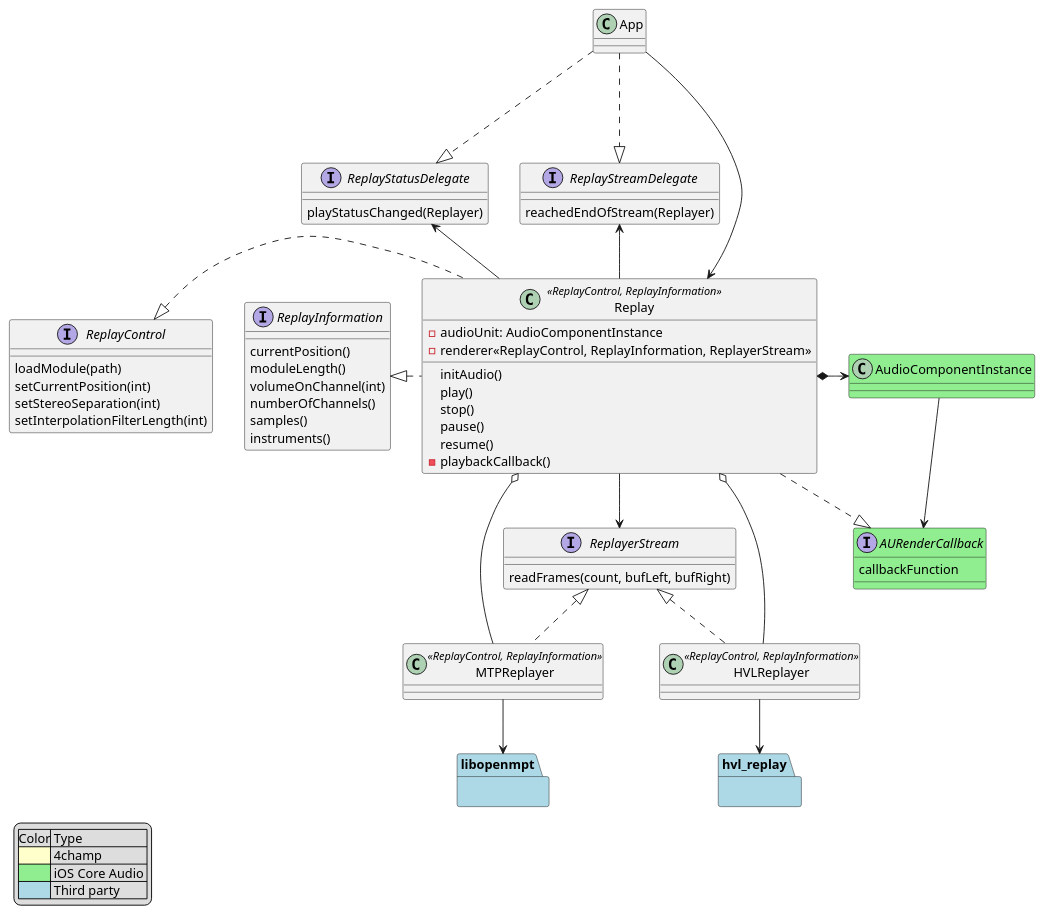
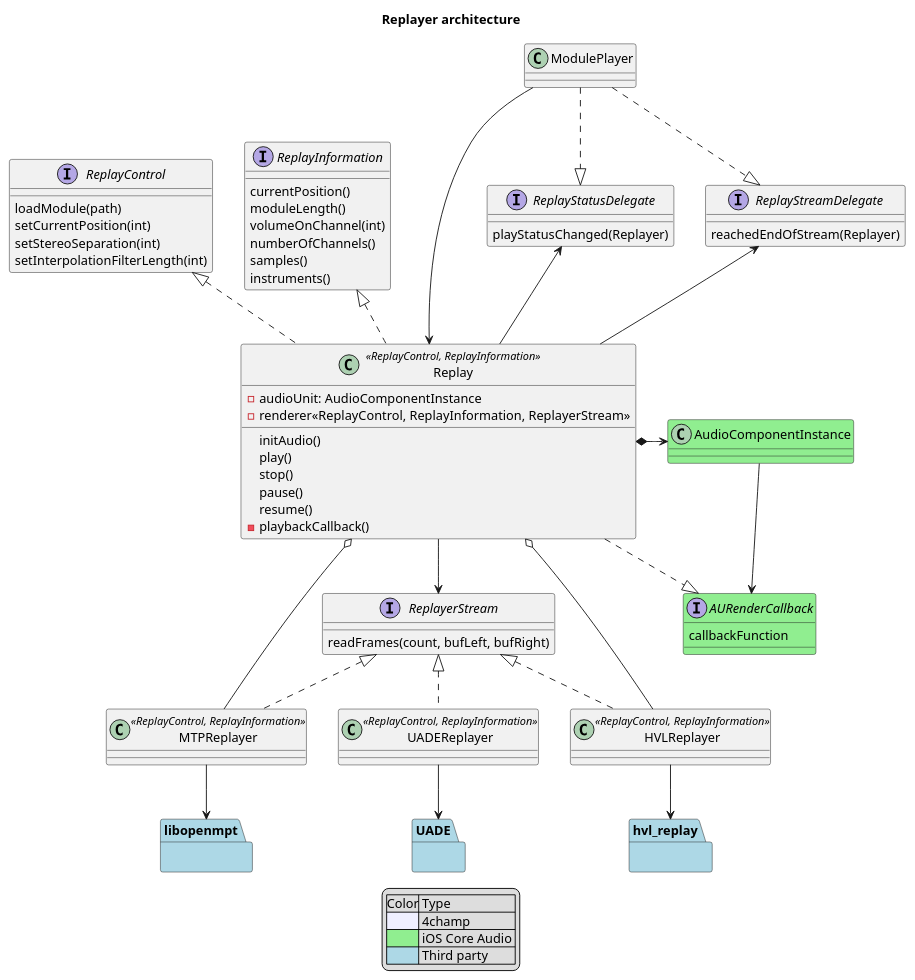
One commit to sitomani/4champ changed the diagram in docs/plantuml/replayer.plantuml. Above: the diagram before and after it, drawn with PlantUML. The commit also changed 6 other files, not shown here.

Commit message:
Added new plantuml diagrams

```diff
--- a/docs/plantuml/replayer.plantuml
+++ b/docs/plantuml/replayer.plantuml
@@ -1,89 +1,99 @@
 @startuml Replayer
 allowmixing 
 
+title Replayer architecture
 
-legend left
+legend 
     |Color| Type |
-    |<#business>| 4champ |
+    |<#MOTIVATION>| 4champ |
     |<#lightgreen>| iOS Core Audio |
     |<#lightblue>| Third party |
 endlegend
 
 
 class Replay <<ReplayControl, ReplayInformation>> {
     -audioUnit: AudioComponentInstance
     -renderer<<ReplayControl, ReplayInformation, ReplayerStream>>
     initAudio() 
     play()
     stop()
     pause()
     resume()
-    - playbackCallback()
+    -playbackCallback()
 }
 
 interface ReplayInformation {
     currentPosition()
     moduleLength()
     volumeOnChannel(int)
     numberOfChannels()
     samples()
     instruments()
 }
 
 interface ReplayControl {
     loadModule(path)
     setCurrentPosition(int)
     setStereoSeparation(int)
     setInterpolationFilterLength(int)
 }
 
 interface ReplayerStream {
     readFrames(count, bufLeft, bufRight)
 }
 
 class MTPReplayer <<ReplayControl, ReplayInformation>> implements ReplayerStream {
 
 }
 
+class ModulePlayer {}
+
 class HVLReplayer <<ReplayControl, ReplayInformation>> implements ReplayerStream {
+}
+
+class UADEReplayer <<ReplayControl, ReplayInformation>> implements ReplayerStream {
 
 }
 
 interface ReplayStreamDelegate {
     reachedEndOfStream(Replayer)
 }
 
 interface ReplayStatusDelegate {
     playStatusChanged(Replayer)
 }
 interface AURenderCallback #lightgreen {
     callbackFunction    
 }
 
 Replay o-- HVLReplayer
 Replay o-- MTPReplayer
 Replay --> ReplayerStream
 
-App --> Replay
-App -.-|> ReplayStreamDelegate
-App -.-|> ReplayStatusDelegate
+ModulePlayer -> Replay
+ModulePlayer .-|> ReplayStreamDelegate
+ModulePlayer .-|> ReplayStatusDelegate
 Replay -up-> ReplayStreamDelegate
 Replay -up-> ReplayStatusDelegate
 
-Replay -.left--|> ReplayInformation
-Replay -.left--|> ReplayControl
+Replay .up-|> ReplayInformation
+Replay .up-|> ReplayControl
 Replay -.right-|> AURenderCallback
 AudioComponentInstance --> AURenderCallback
 
 package libopenmpt #lightblue {
     
 }
 package hvl_replay #lightblue {
 }
 
+package UADE #lightblue {
+}
+
 class AudioComponentInstance #lightgreen
 
 Replay *-right-> AudioComponentInstance
 MTPReplayer --> libopenmpt
 HVLReplayer --> hvl_replay
+UADEReplayer --> UADE
 @enduml
```
